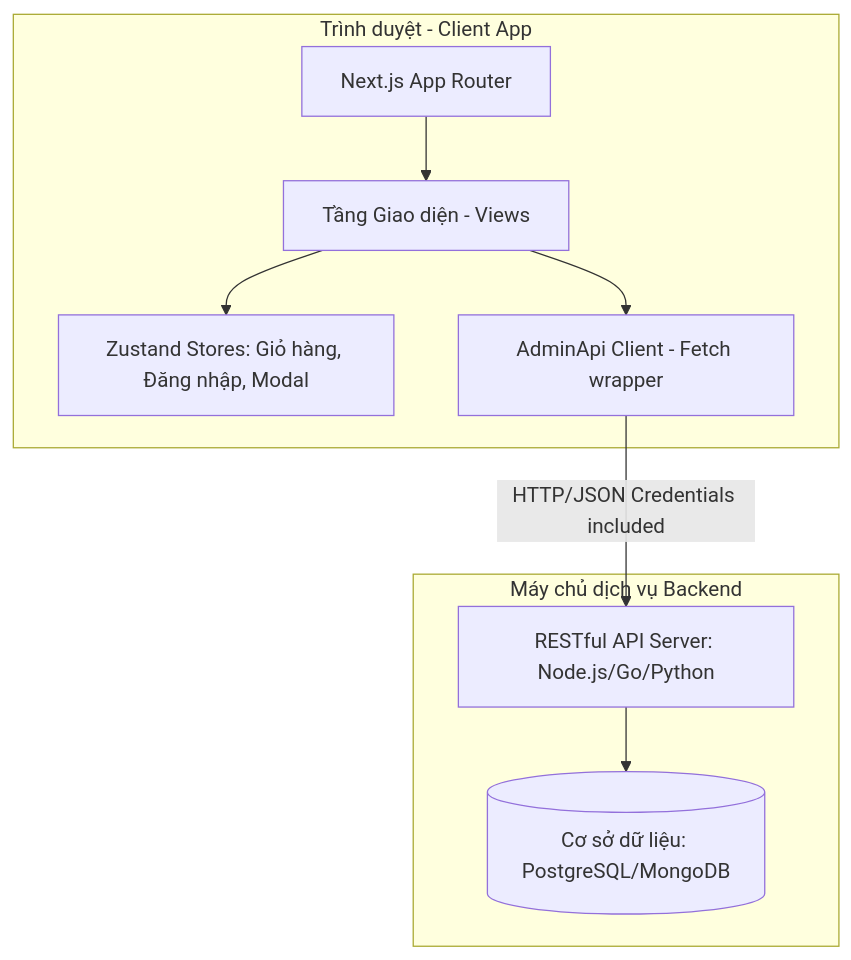
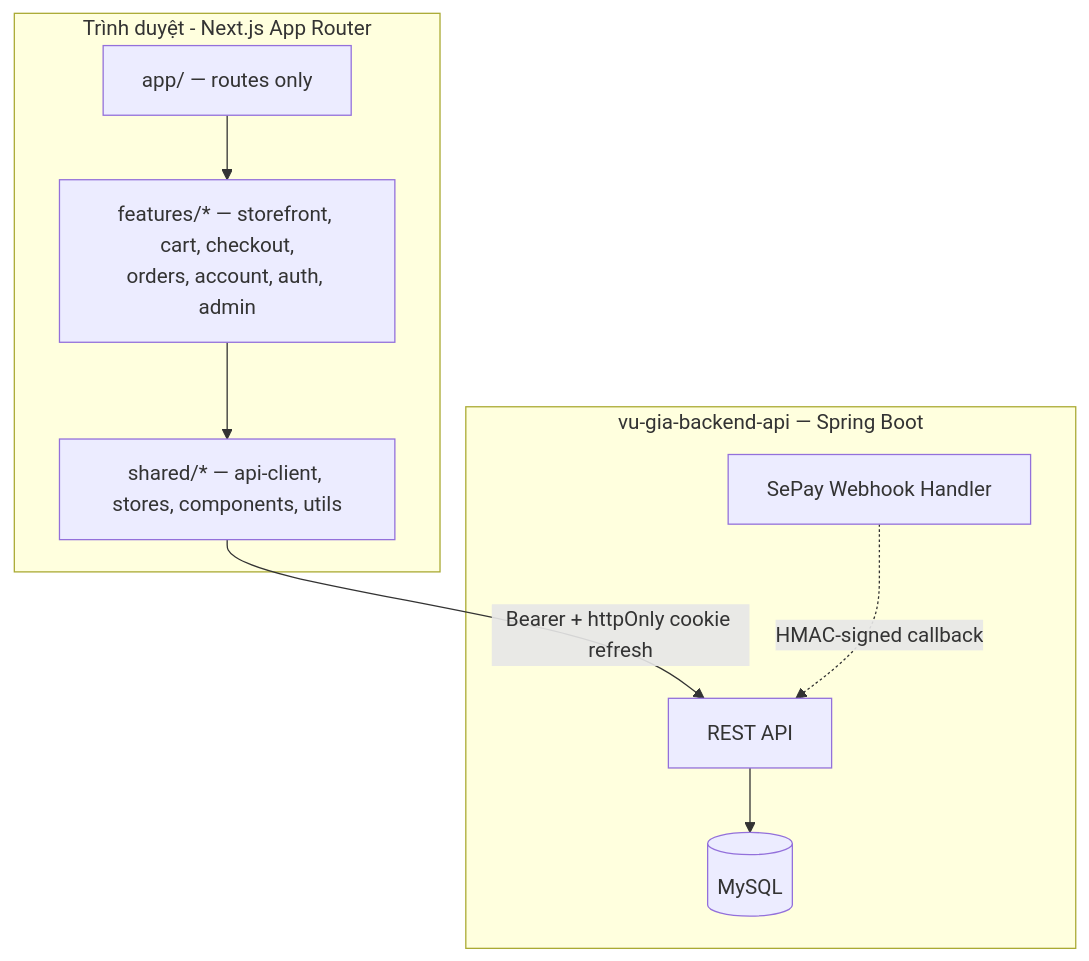
The first of 2 diagrams in docs/system-architecture.md (Deocomate/vu-gia-client), drawn with Mermaid before and after one commit. The commit also changed other lines of this file and 3 other files, not shown here.

````diff
--- a/docs/system-architecture.md
+++ b/docs/system-architecture.md
@@ -11,20 +14,20 @@
 ```mermaid
 graph TD
-    subgraph Client Application [Trình duyệt - Client App]
-        Routing[Next.js App Router]
-        Views[Tầng Giao diện - Views]
-        Stores[Zustand Stores: Giỏ hàng, Đăng nhập, Modal]
-        ApiLib[AdminApi Client - Fetch wrapper]
+    subgraph Client Application [Trình duyệt - Next.js App Router]
+        Routing[app/ — routes only]
+        Features["features/* — storefront, cart, checkout,\norders, account, auth, admin"]
+        Shared["shared/* — api-client, stores, components, utils"]
     end
 
-    subgraph Backend Services [Máy chủ dịch vụ Backend]
-        ApiServer[RESTful API Server: Node.js/Go/Python]
-        Db[(Cơ sở dữ liệu: PostgreSQL/MongoDB)]
+    subgraph Backend [vu-gia-backend-api — Spring Boot]
+        ApiServer[REST API]
+        Db[(MySQL)]
+        Webhook[SePay Webhook Handler]
     end
 
-    Routing --> Views
-    Views --> Stores
-    Views --> ApiLib
-    ApiLib -- HTTP/JSON Credentials included --> ApiServer
+    Routing --> Features
+    Features --> Shared
+    Shared -- "Bearer + httpOnly cookie refresh" --> ApiServer
     ApiServer --> Db
+    Webhook -. "HMAC-signed callback" .-> ApiServer
 ```
````
